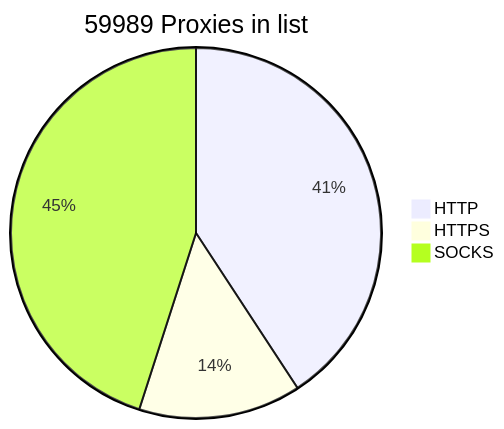
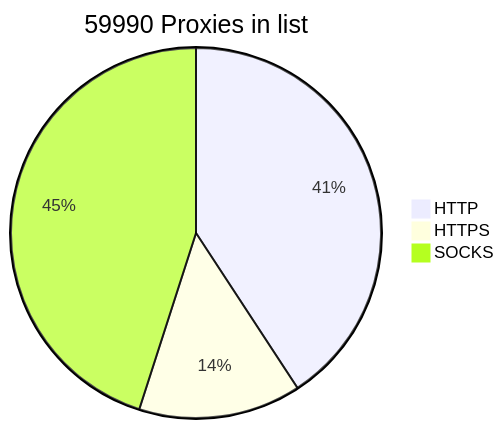
The diagram in README.md (BlackSnowDot/proxylist-update-every-minute), drawn with Mermaid before and after one commit.

````diff
--- a/README.md
+++ b/README.md
@@ -2,6 +2,6 @@
 ```mermaid
-pie title 59989 Proxies in list
-    "HTTP" : 27660
-    "HTTPS": 9623
+pie title 59990 Proxies in list
+    "HTTP" : 27661
+    "HTTPS": 9624
     "SOCKS" : 30559
 ```
````
